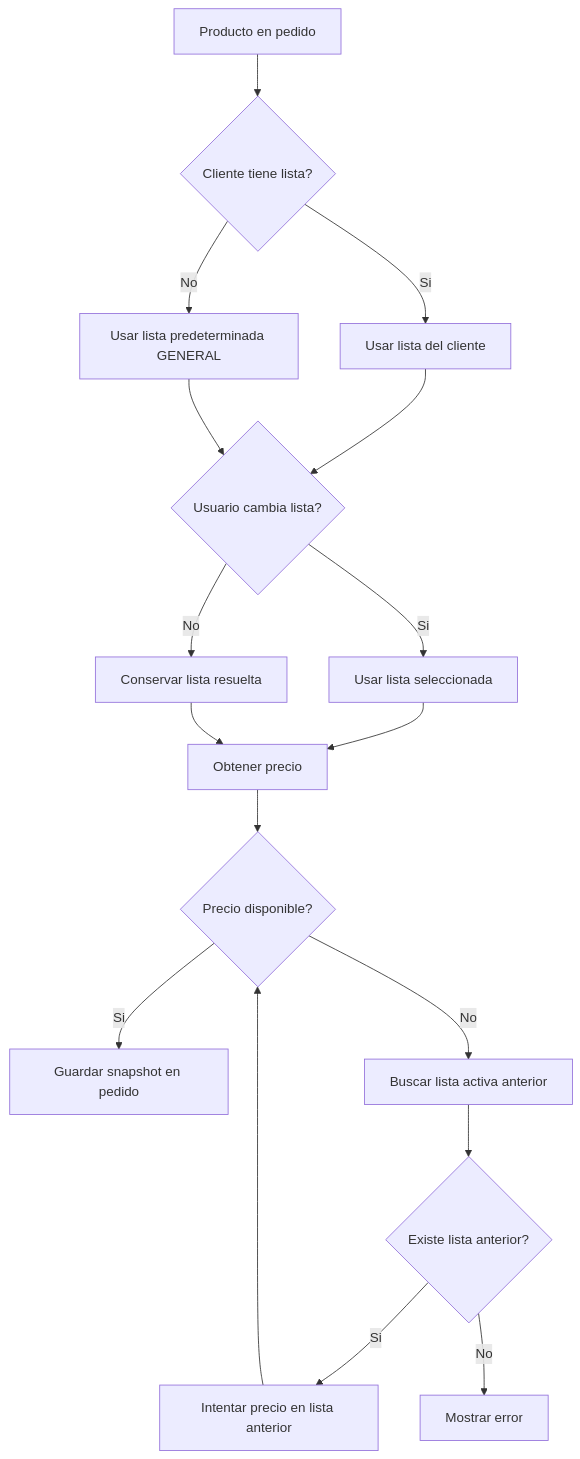
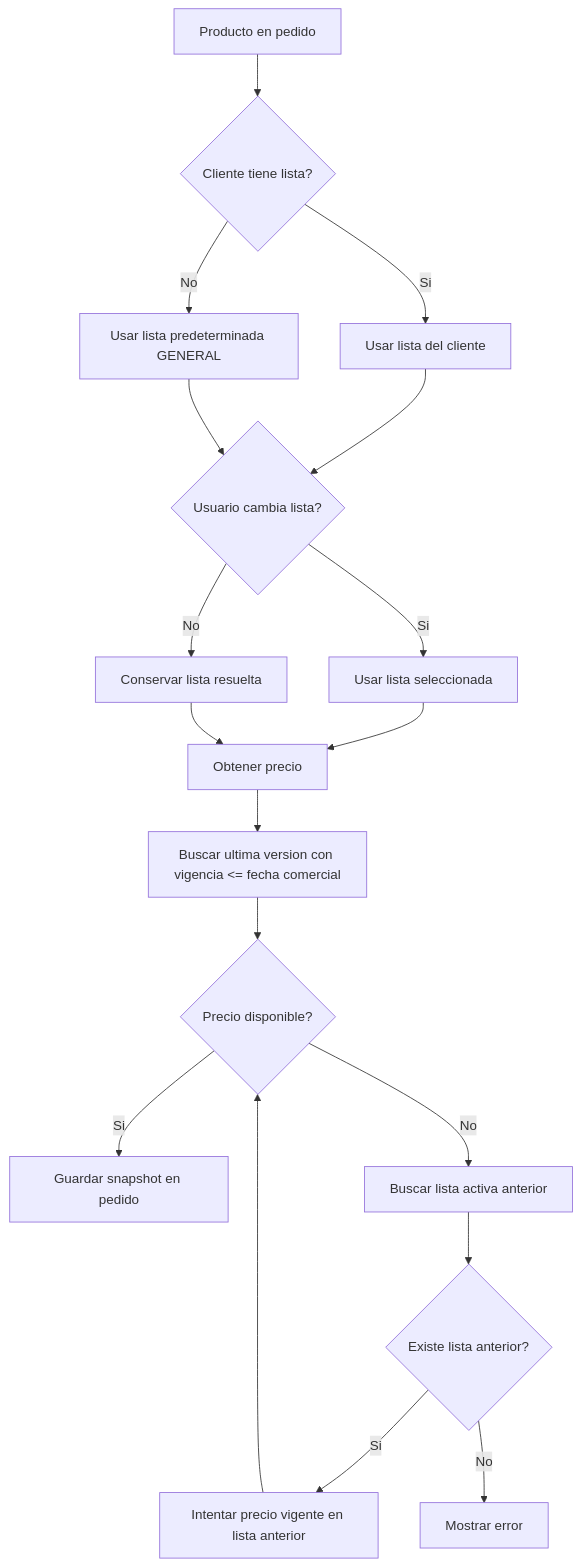
Before and after one commit to Martinrc93/distribuidoraCore: the diagram in docs/diagrams/catalog/flow-price-resolution.md, drawn with Mermaid. The commit also changed 145 other files, not shown here.

````diff
--- a/docs/diagrams/catalog/flow-price-resolution.md
+++ b/docs/diagrams/catalog/flow-price-resolution.md
@@ -5,19 +5,20 @@
 ```mermaid
 flowchart TD
     A[Producto en pedido] --> B{Cliente tiene lista?}
     B -->|Si| C[Usar lista del cliente]
     B -->|No| D[Usar lista predeterminada GENERAL]
     C --> E{Usuario cambia lista?}
     D --> E
     E -->|Si| F[Usar lista seleccionada]
     E -->|No| G[Conservar lista resuelta]
     F --> H[Obtener precio]
     G --> H
-    H --> I{Precio disponible?}
-    I -->|Si| J[Guardar snapshot en pedido]
-    I -->|No| K[Buscar lista activa anterior]
-    K --> L{Existe lista anterior?}
-    L -->|Si| M[Intentar precio en lista anterior]
-    M --> I
-    L -->|No| N[Mostrar error]
+    H --> I[Buscar ultima version con vigencia <= fecha comercial]
+    I --> J{Precio disponible?}
+    J -->|Si| K[Guardar snapshot en pedido]
+    J -->|No| L[Buscar lista activa anterior]
+    L --> M{Existe lista anterior?}
+    M -->|Si| N[Intentar precio vigente en lista anterior]
+    N --> J
+    M -->|No| O[Mostrar error]
 ```
````
